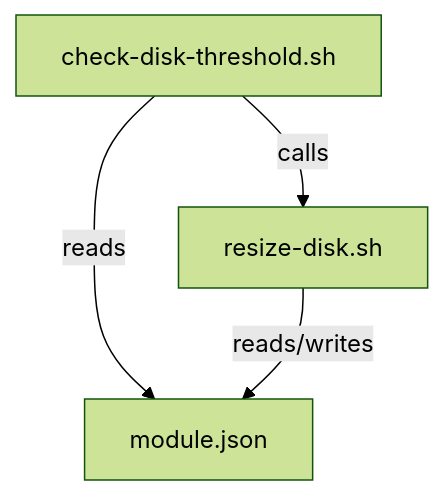
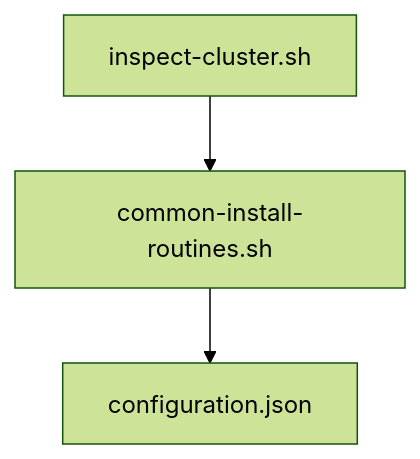
Before and after one commit to TAPPaaS/TAPPaaS: the sixth of 9 diagrams in src/foundation/DEPENDENCIES.md, drawn with Mermaid (forest theme). The commit also changed other lines of this file and 44 other files, not shown here.

Commit message:
close #106 close #108 : updated configuration.json and node name handling

````diff
--- a/src/foundation/DEPENDENCIES.md
+++ b/src/foundation/DEPENDENCIES.md
@@ -239,7 +225,5 @@
 ```mermaid
 graph TD
-    A[check-disk-threshold.sh] -->|reads| B["module.json"]
-    A -->|calls| C[resize-disk.sh]
-
-    C -->|reads/writes| B
+    A["inspect-cluster.sh"] --> B["common-install-routines.sh"]
+    B --> C["configuration.json"]
 ```
````
